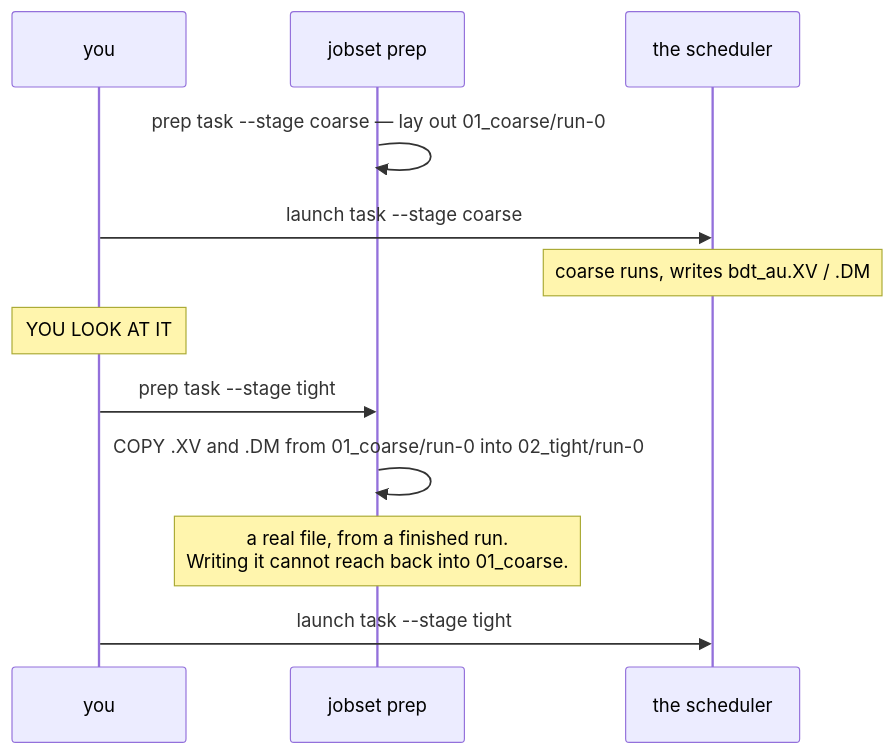
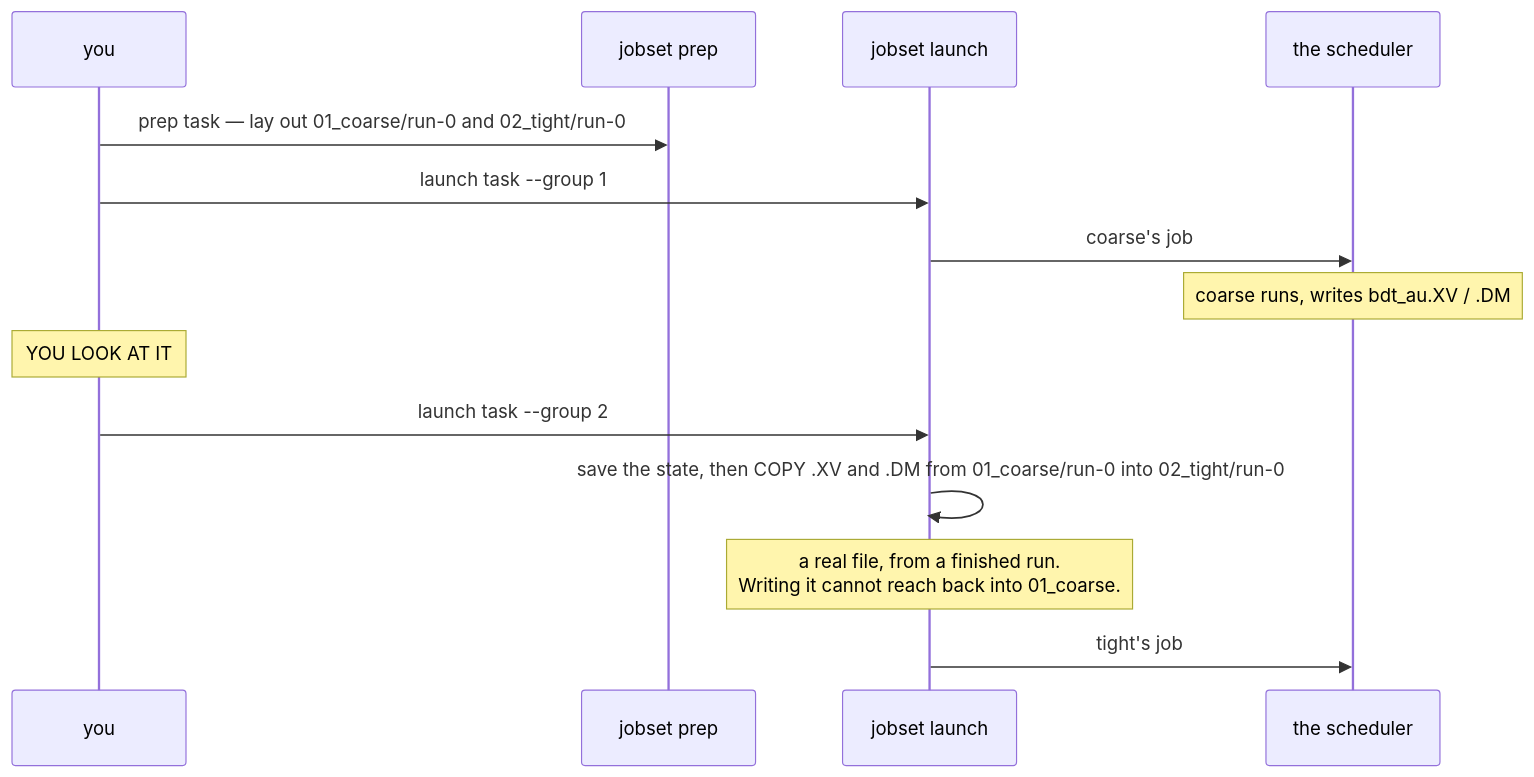
The eighth of 19 diagrams in docs/execution/job-system.md (Qing-LAB/molbuilder), drawn with Mermaid before and after one commit. The commit also changed other lines of this file and 282 other files, not shown here.

````diff
--- a/docs/execution/job-system.md
+++ b/docs/execution/job-system.md
@@ -711,14 +1146,16 @@
 ```mermaid
 sequenceDiagram
     participant U as you
     participant P as jobset prep
+    participant L as jobset launch
     participant S as the scheduler
-    P->>P: prep task --stage coarse — lay out 01_coarse/run-0
-    U->>S: launch task --stage coarse
+    U->>P: prep task — lay out 01_coarse/run-0 and 02_tight/run-0
+    U->>L: launch task --group 1
+    L->>S: coarse's job
     Note over S: coarse runs, writes bdt_au.XV / .DM
     Note over U: YOU LOOK AT IT
-    U->>P: prep task --stage tight
-    P->>P: COPY .XV and .DM from 01_coarse/run-0 into 02_tight/run-0
-    Note over P: a real file, from a finished run.<br/>Writing it cannot reach back into 01_coarse.
-    U->>S: launch task --stage tight
+    U->>L: launch task --group 2
+    L->>L: save the state, then COPY .XV and .DM from 01_coarse/run-0 into 02_tight/run-0
+    Note over L: a real file, from a finished run.<br/>Writing it cannot reach back into 01_coarse.
+    L->>S: tight's job
 ```
````
